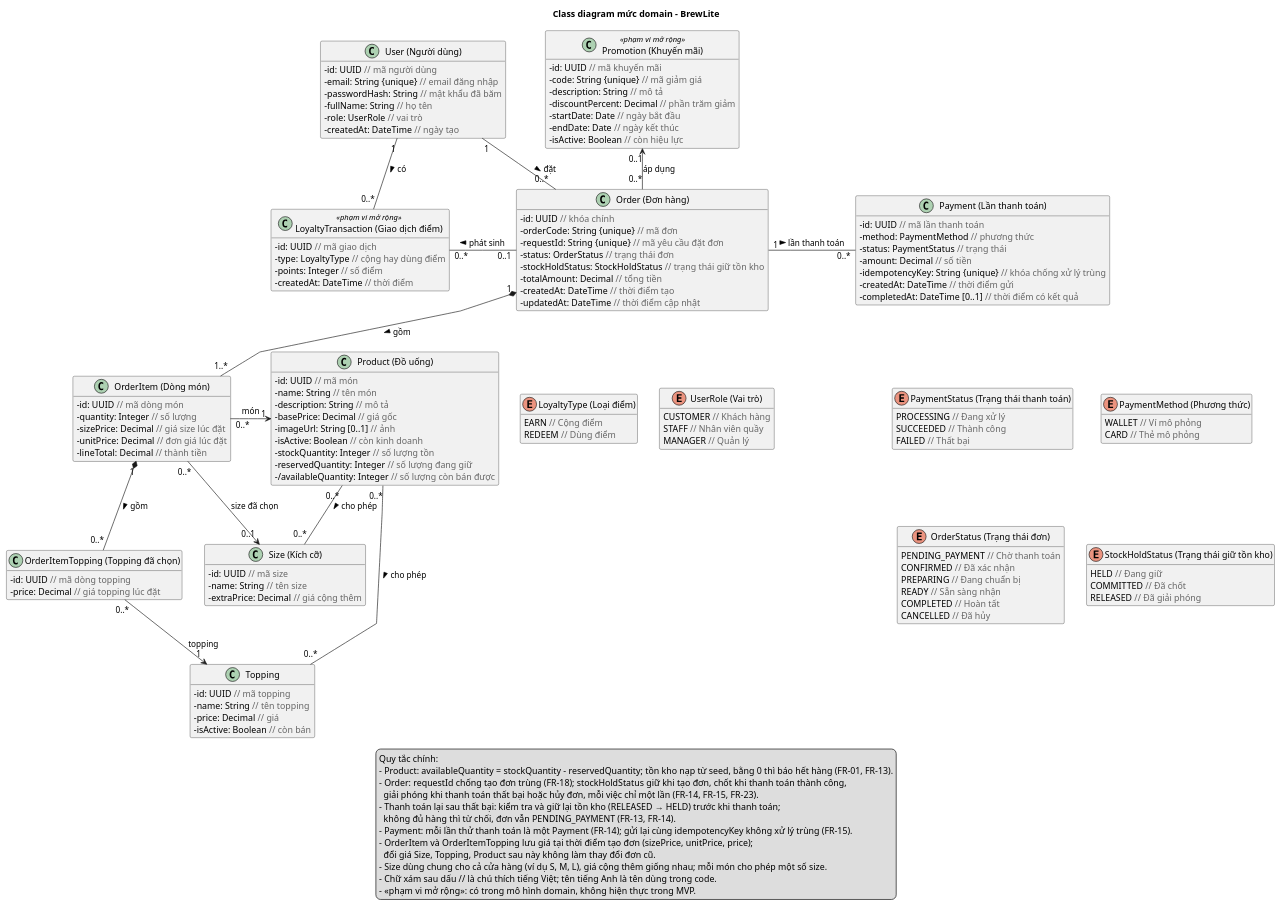
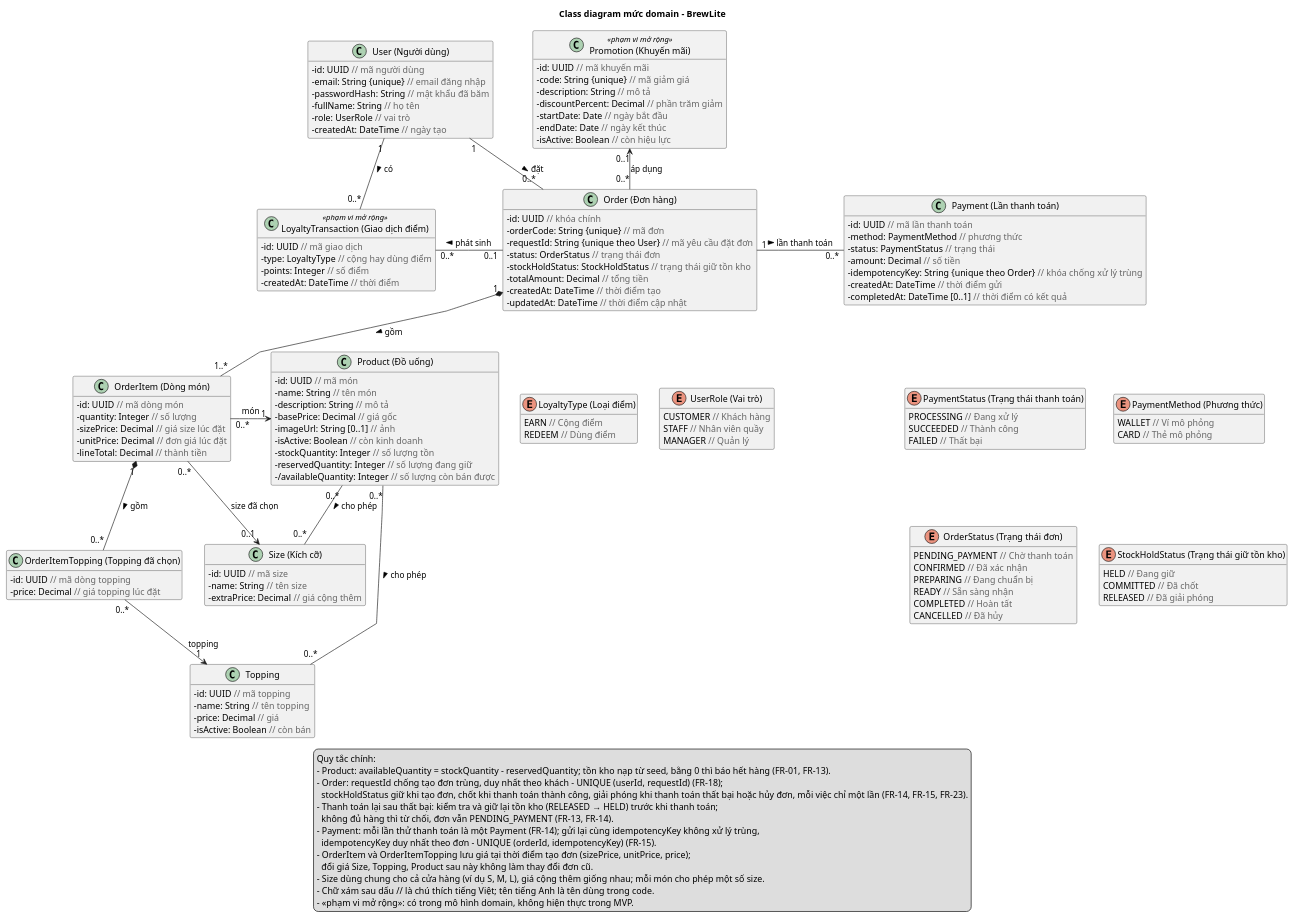
The diagram in docs/diagrams/class-domain.puml (nguyenmintam23-z/CNPM), drawn with PlantUML before and after one commit. The commit also changed 8 other files, not shown here.

First line of the commit message:
docs: đồng bộ class, sequence và health check với bản chốt Task 2–3

```diff
--- a/docs/diagrams/class-domain.puml
+++ b/docs/diagrams/class-domain.puml
@@ -1,175 +1,176 @@
 @startuml
 skinparam shadowing false
 skinparam classAttributeIconSize 0
 skinparam linetype polyline
 skinparam nodesep 35
 skinparam ranksep 45
 hide empty methods
 
 title Class diagram mức domain - BrewLite
 
 ' Chú thích tiếng Việt viết sau dấu // (màu xám), không ảnh hưởng tên dùng trong code.
 
 ' ===== Enum trạng thái =====
 enum "UserRole (Vai trò)" as UserRole {
   CUSTOMER <color:#666666>// Khách hàng</color>
   STAFF <color:#666666>// Nhân viên quầy</color>
   MANAGER <color:#666666>// Quản lý</color>
 }
 
 enum "OrderStatus (Trạng thái đơn)" as OrderStatus {
   PENDING_PAYMENT <color:#666666>// Chờ thanh toán</color>
   CONFIRMED <color:#666666>// Đã xác nhận</color>
   PREPARING <color:#666666>// Đang chuẩn bị</color>
   READY <color:#666666>// Sẵn sàng nhận</color>
   COMPLETED <color:#666666>// Hoàn tất</color>
   CANCELLED <color:#666666>// Đã hủy</color>
 }
 
 enum "PaymentStatus (Trạng thái thanh toán)" as PaymentStatus {
   PROCESSING <color:#666666>// Đang xử lý</color>
   SUCCEEDED <color:#666666>// Thành công</color>
   FAILED <color:#666666>// Thất bại</color>
 }
 
 enum "PaymentMethod (Phương thức)" as PaymentMethod {
   WALLET <color:#666666>// Ví mô phỏng</color>
   CARD <color:#666666>// Thẻ mô phỏng</color>
 }
 
 enum "StockHoldStatus (Trạng thái giữ tồn kho)" as StockHoldStatus {
   HELD <color:#666666>// Đang giữ</color>
   COMMITTED <color:#666666>// Đã chốt</color>
   RELEASED <color:#666666>// Đã giải phóng</color>
 }
 
 enum "LoyaltyType (Loại điểm)" as LoyaltyType {
   EARN <color:#666666>// Cộng điểm</color>
   REDEEM <color:#666666>// Dùng điểm</color>
 }
 
 ' ===== Lớp domain =====
 class "User (Người dùng)" as User {
   - id: UUID <color:#666666>// mã người dùng</color>
   - email: String {unique} <color:#666666>// email đăng nhập</color>
   - passwordHash: String <color:#666666>// mật khẩu đã băm</color>
   - fullName: String <color:#666666>// họ tên</color>
   - role: UserRole <color:#666666>// vai trò</color>
   - createdAt: DateTime <color:#666666>// ngày tạo</color>
 }
 
 class "Product (Đồ uống)" as Product {
   - id: UUID <color:#666666>// mã món</color>
   - name: String <color:#666666>// tên món</color>
   - description: String <color:#666666>// mô tả</color>
   - basePrice: Decimal <color:#666666>// giá gốc</color>
   - imageUrl: String [0..1] <color:#666666>// ảnh</color>
   - isActive: Boolean <color:#666666>// còn kinh doanh</color>
   - stockQuantity: Integer <color:#666666>// số lượng tồn</color>
   - reservedQuantity: Integer <color:#666666>// số lượng đang giữ</color>
   - /availableQuantity: Integer <color:#666666>// số lượng còn bán được</color>
 }
 
 class "Size (Kích cỡ)" as Size {
   - id: UUID <color:#666666>// mã size</color>
   - name: String <color:#666666>// tên size</color>
   - extraPrice: Decimal <color:#666666>// giá cộng thêm</color>
 }
 
 class "Topping" as Topping {
   - id: UUID <color:#666666>// mã topping</color>
   - name: String <color:#666666>// tên topping</color>
   - price: Decimal <color:#666666>// giá</color>
   - isActive: Boolean <color:#666666>// còn bán</color>
 }
 
 class "Order (Đơn hàng)" as Order {
   - id: UUID <color:#666666>// khóa chính</color>
   - orderCode: String {unique} <color:#666666>// mã đơn</color>
-  - requestId: String {unique} <color:#666666>// mã yêu cầu đặt đơn</color>
+  - requestId: String {unique theo User} <color:#666666>// mã yêu cầu đặt đơn</color>
   - status: OrderStatus <color:#666666>// trạng thái đơn</color>
   - stockHoldStatus: StockHoldStatus <color:#666666>// trạng thái giữ tồn kho</color>
   - totalAmount: Decimal <color:#666666>// tổng tiền</color>
   - createdAt: DateTime <color:#666666>// thời điểm tạo</color>
   - updatedAt: DateTime <color:#666666>// thời điểm cập nhật</color>
 }
 
 class "OrderItem (Dòng món)" as OrderItem {
   - id: UUID <color:#666666>// mã dòng món</color>
   - quantity: Integer <color:#666666>// số lượng</color>
   - sizePrice: Decimal <color:#666666>// giá size lúc đặt</color>
   - unitPrice: Decimal <color:#666666>// đơn giá lúc đặt</color>
   - lineTotal: Decimal <color:#666666>// thành tiền</color>
 }
 
 class "OrderItemTopping (Topping đã chọn)" as OrderItemTopping {
   - id: UUID <color:#666666>// mã dòng topping</color>
   - price: Decimal <color:#666666>// giá topping lúc đặt</color>
 }
 
 class "Payment (Lần thanh toán)" as Payment {
   - id: UUID <color:#666666>// mã lần thanh toán</color>
   - method: PaymentMethod <color:#666666>// phương thức</color>
   - status: PaymentStatus <color:#666666>// trạng thái</color>
   - amount: Decimal <color:#666666>// số tiền</color>
-  - idempotencyKey: String {unique} <color:#666666>// khóa chống xử lý trùng</color>
+  - idempotencyKey: String {unique theo Order} <color:#666666>// khóa chống xử lý trùng</color>
   - createdAt: DateTime <color:#666666>// thời điểm gửi</color>
   - completedAt: DateTime [0..1] <color:#666666>// thời điểm có kết quả</color>
 }
 
 class "Promotion (Khuyến mãi)" as Promotion <<phạm vi mở rộng>> #F2F2F2 {
   - id: UUID <color:#666666>// mã khuyến mãi</color>
   - code: String {unique} <color:#666666>// mã giảm giá</color>
   - description: String <color:#666666>// mô tả</color>
   - discountPercent: Decimal <color:#666666>// phần trăm giảm</color>
   - startDate: Date <color:#666666>// ngày bắt đầu</color>
   - endDate: Date <color:#666666>// ngày kết thúc</color>
   - isActive: Boolean <color:#666666>// còn hiệu lực</color>
 }
 
 class "LoyaltyTransaction (Giao dịch điểm)" as LoyaltyTransaction <<phạm vi mở rộng>> #F2F2F2 {
   - id: UUID <color:#666666>// mã giao dịch</color>
   - type: LoyaltyType <color:#666666>// cộng hay dùng điểm</color>
   - points: Integer <color:#666666>// số điểm</color>
   - createdAt: DateTime <color:#666666>// thời điểm</color>
 }
 
 ' ===== Quan hệ (hướng mũi tên dùng để xếp chỗ cho gọn) =====
 User "1" -right- "0..*" Order : đặt >
 User "1" -down- "0..*" LoyaltyTransaction : có >
 Order "0..1" -left- "0..*" LoyaltyTransaction : phát sinh >
 Order "1" -right- "0..*" Payment : lần thanh toán >
 Order "0..*" -up-> "0..1" Promotion : áp dụng
 Order "1" *-down- "1..*" OrderItem : gồm >
 OrderItem "0..*" -right-> "1" Product : món
 OrderItem "0..*" -down-> "0..1" Size : size đã chọn
 OrderItem "1" *-down- "0..*" OrderItemTopping : gồm >
 OrderItemTopping "0..*" -down-> "1" Topping : topping
 Product "0..*" -down- "0..*" Size : cho phép >
 Product "0..*" -down- "0..*" Topping : cho phép >
 
 ' ===== Xếp enum thành cụm cạnh Payment =====
 PaymentStatus -[hidden]right- PaymentMethod
 Payment -[hidden]down- PaymentStatus
 PaymentStatus -[hidden]down- OrderStatus
 PaymentMethod -[hidden]down- StockHoldStatus
 OrderStatus -[hidden]right- StockHoldStatus
 LoyaltyTransaction -[hidden]down- LoyaltyType
 LoyaltyType -[hidden]right- UserRole
 
 legend bottom
   Quy tắc chính:
   - Product: availableQuantity = stockQuantity - reservedQuantity; tồn kho nạp từ seed, bằng 0 thì báo hết hàng (FR-01, FR-13).
-  - Order: requestId chống tạo đơn trùng (FR-18); stockHoldStatus giữ khi tạo đơn, chốt khi thanh toán thành công,
-    giải phóng khi thanh toán thất bại hoặc hủy đơn, mỗi việc chỉ một lần (FR-14, FR-15, FR-23).
+  - Order: requestId chống tạo đơn trùng, duy nhất theo khách - UNIQUE (userId, requestId) (FR-18);
+    stockHoldStatus giữ khi tạo đơn, chốt khi thanh toán thành công, giải phóng khi thanh toán thất bại hoặc hủy đơn, mỗi việc chỉ một lần (FR-14, FR-15, FR-23).
   - Thanh toán lại sau thất bại: kiểm tra và giữ lại tồn kho (RELEASED → HELD) trước khi thanh toán;
     không đủ hàng thì từ chối, đơn vẫn PENDING_PAYMENT (FR-13, FR-14).
-  - Payment: mỗi lần thử thanh toán là một Payment (FR-14); gửi lại cùng idempotencyKey không xử lý trùng (FR-15).
+  - Payment: mỗi lần thử thanh toán là một Payment (FR-14); gửi lại cùng idempotencyKey không xử lý trùng,
+    idempotencyKey duy nhất theo đơn - UNIQUE (orderId, idempotencyKey) (FR-15).
   - OrderItem và OrderItemTopping lưu giá tại thời điểm tạo đơn (sizePrice, unitPrice, price);
     đổi giá Size, Topping, Product sau này không làm thay đổi đơn cũ.
   - Size dùng chung cho cả cửa hàng (ví dụ S, M, L), giá cộng thêm giống nhau; mỗi món cho phép một số size.
   - Chữ xám sau dấu // là chú thích tiếng Việt; tên tiếng Anh là tên dùng trong code.
   - <<phạm vi mở rộng>>: có trong mô hình domain, không hiện thực trong MVP.
 endlegend
 
 @enduml
```
